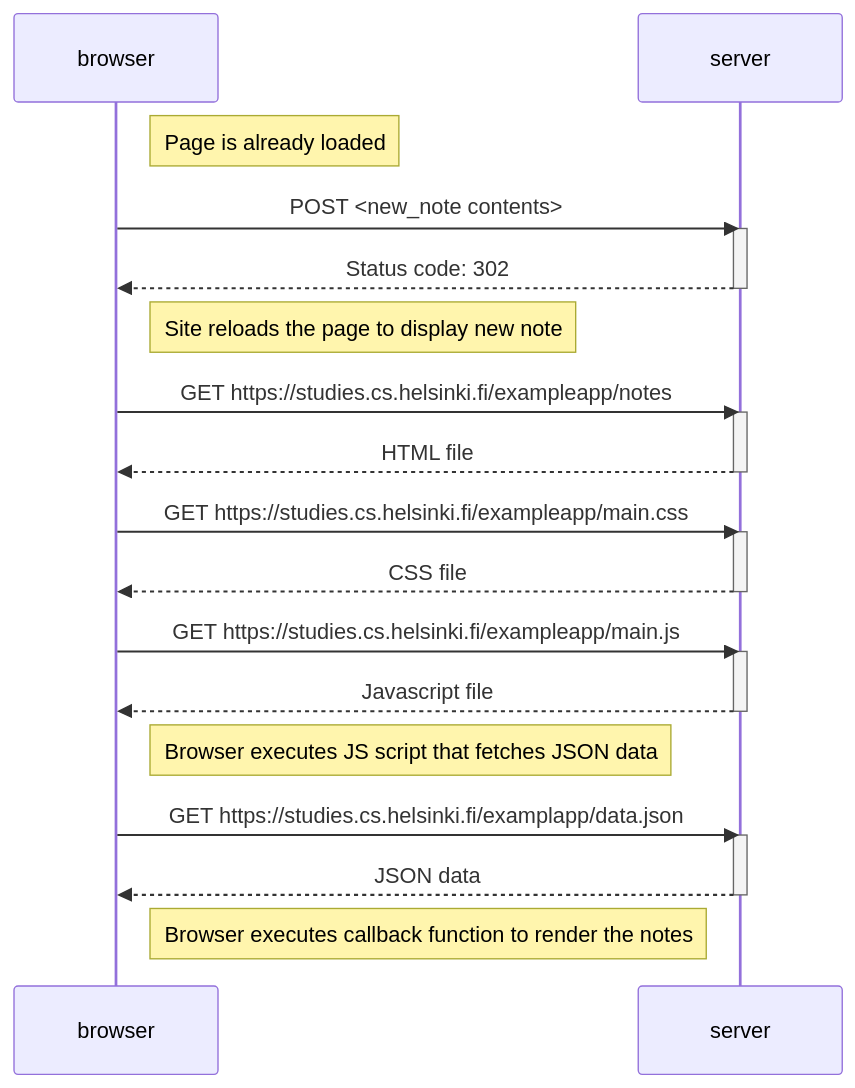
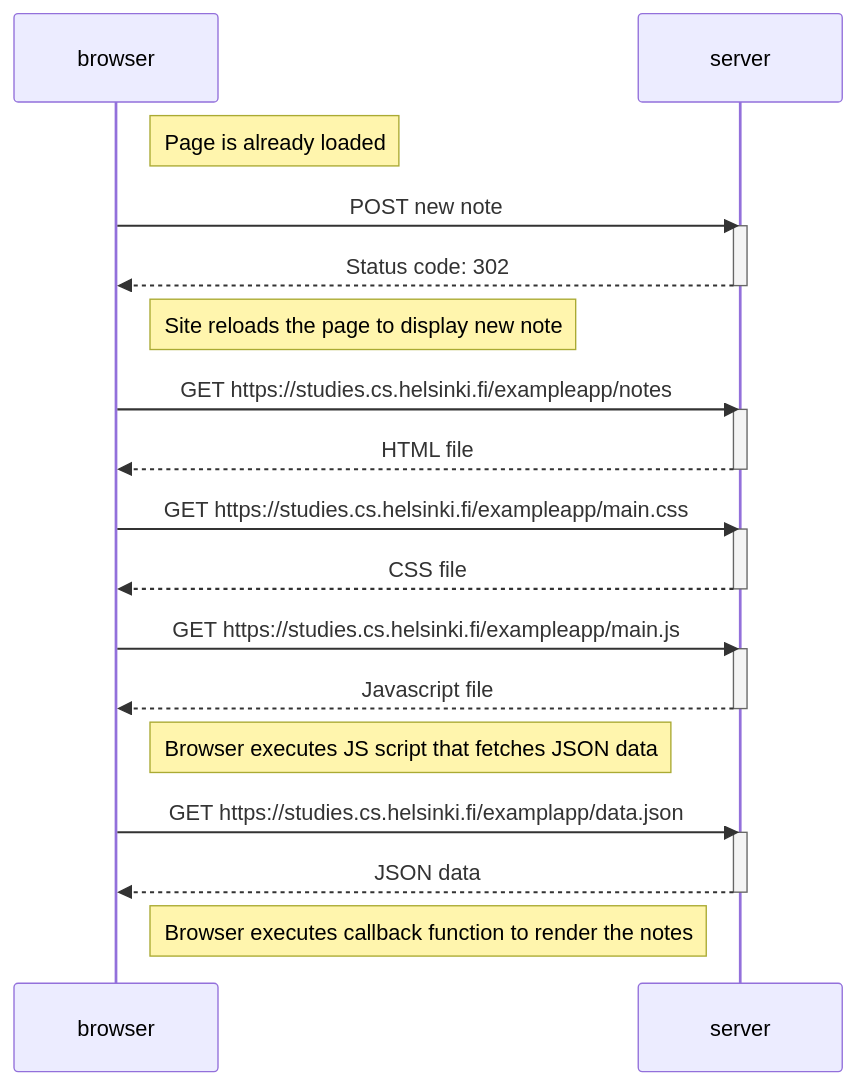
The diagram in part0/04-new-note.md (hd2802/full-stack-open), drawn with Mermaid before and after one commit.

Commit message:
0.4: update text for posting note

````diff
--- a/part0/04-new-note.md
+++ b/part0/04-new-note.md
@@ -1,37 +1,37 @@
 ```mermaid
 sequenceDiagram
     participant browser
     participant server
 
     Note right of browser: Page is already loaded
-    browser->>server: POST <new_note contents>
+    browser->>server: POST new note 
     activate server
     server-->>browser: Status code: 302
     deactivate server
 
     Note right of browser: Site reloads the page to display new note
 
     browser->>server: GET https://studies.cs.helsinki.fi/exampleapp/notes
     activate server
     server-->>browser: HTML file
     deactivate server
 
     browser->>server: GET https://studies.cs.helsinki.fi/exampleapp/main.css
     activate server
     server-->>browser: CSS file
     deactivate server
 
     browser->>server: GET https://studies.cs.helsinki.fi/exampleapp/main.js
     activate server
     server-->>browser: Javascript file
     deactivate server
 
     Note right of browser: Browser executes JS script that fetches JSON data
 
     browser->>server: GET https://studies.cs.helsinki.fi/examplapp/data.json
     activate server
     server-->>browser: JSON data
     deactivate server
 
     Note right of browser: Browser executes callback function to render the notes
 ```
````
